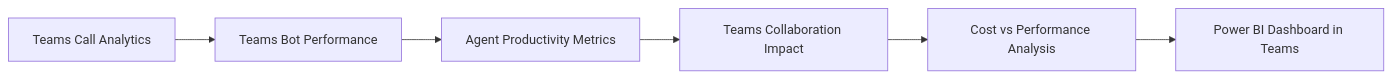
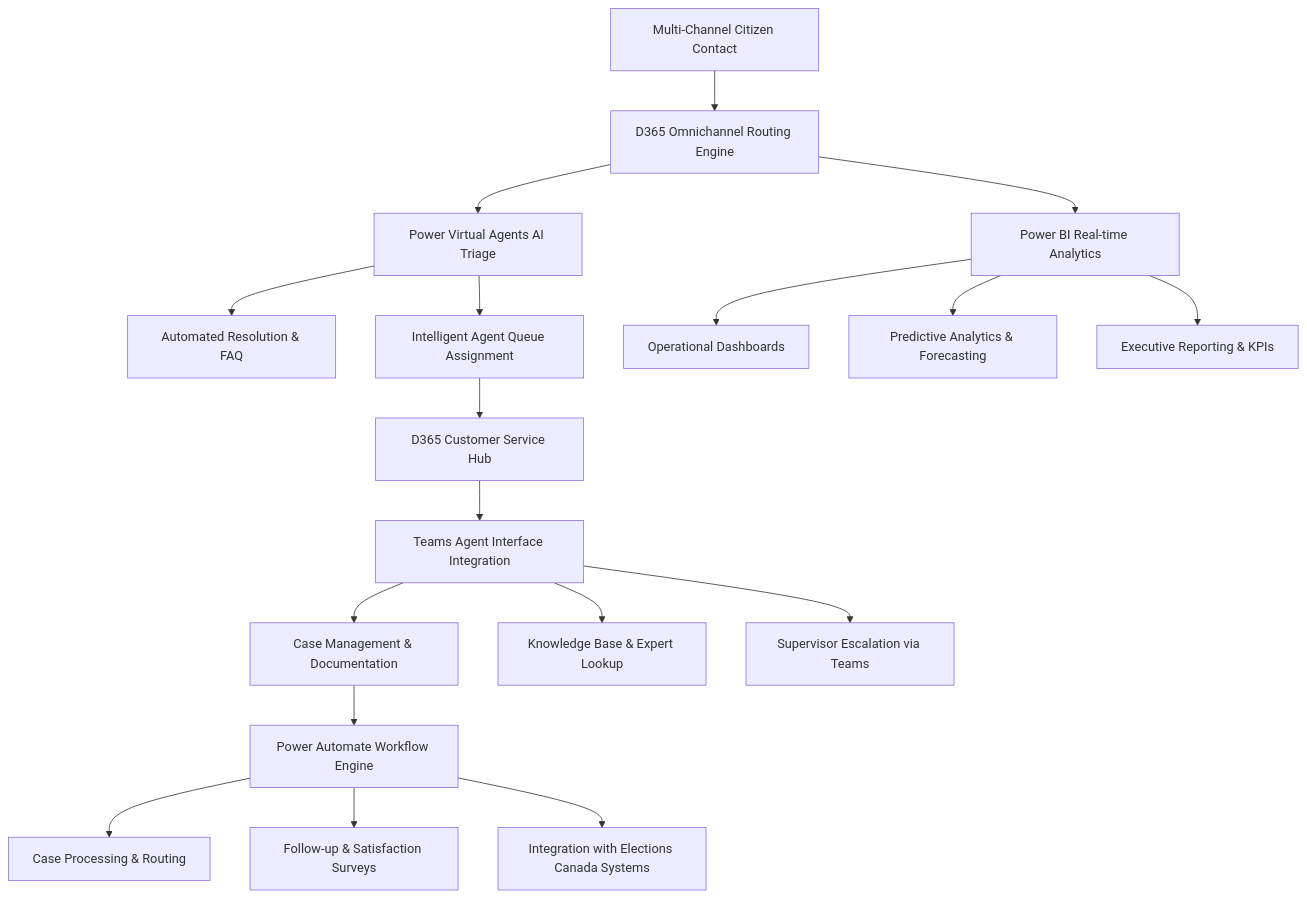
The seventh of 9 diagrams in docs/DCC/readme.md (Cloudstrucc/Public), drawn with Mermaid before and after one commit. The commit also changed other lines of this file and 4 other files, not shown here.

````diff
--- a/docs/DCC/readme.md
+++ b/docs/DCC/readme.md
@@ -683,8 +853,23 @@
 ```mermaid
-graph LR
-    A[Teams Call Analytics] --> B[Teams Bot Performance]
-    B --> C[Agent Productivity Metrics]
-    C --> D[Teams Collaboration Impact]
-    D --> E[Cost vs Performance Analysis]
-    E --> F[Power BI Dashboard in Teams]
+graph TB
+    A[Multi-Channel Citizen Contact] --> B[D365 Omnichannel Routing Engine]
+    B --> C[Power Virtual Agents AI Triage]
+    C --> D[Automated Resolution & FAQ]
+    C --> E[Intelligent Agent Queue Assignment]
+    
+    E --> F[D365 Customer Service Hub]
+    F --> G[Teams Agent Interface Integration]
+    G --> H[Case Management & Documentation]
+    G --> I[Knowledge Base & Expert Lookup]
+    G --> J[Supervisor Escalation via Teams]
+    
+    H --> K[Power Automate Workflow Engine]
+    K --> L[Case Processing & Routing]
+    K --> M[Follow-up & Satisfaction Surveys]
+    K --> N[Integration with Elections Canada Systems]
+    
+    B --> O[Power BI Real-time Analytics]
+    O --> P[Operational Dashboards]
+    O --> Q[Predictive Analytics & Forecasting]
+    O --> R[Executive Reporting & KPIs]
 ```
````
